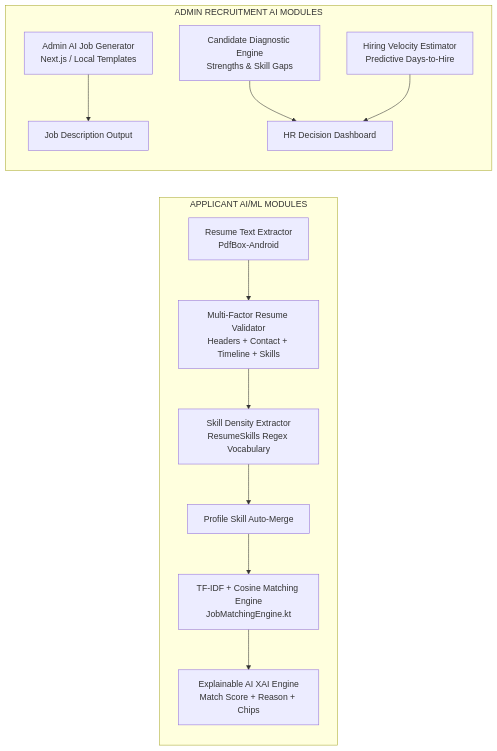
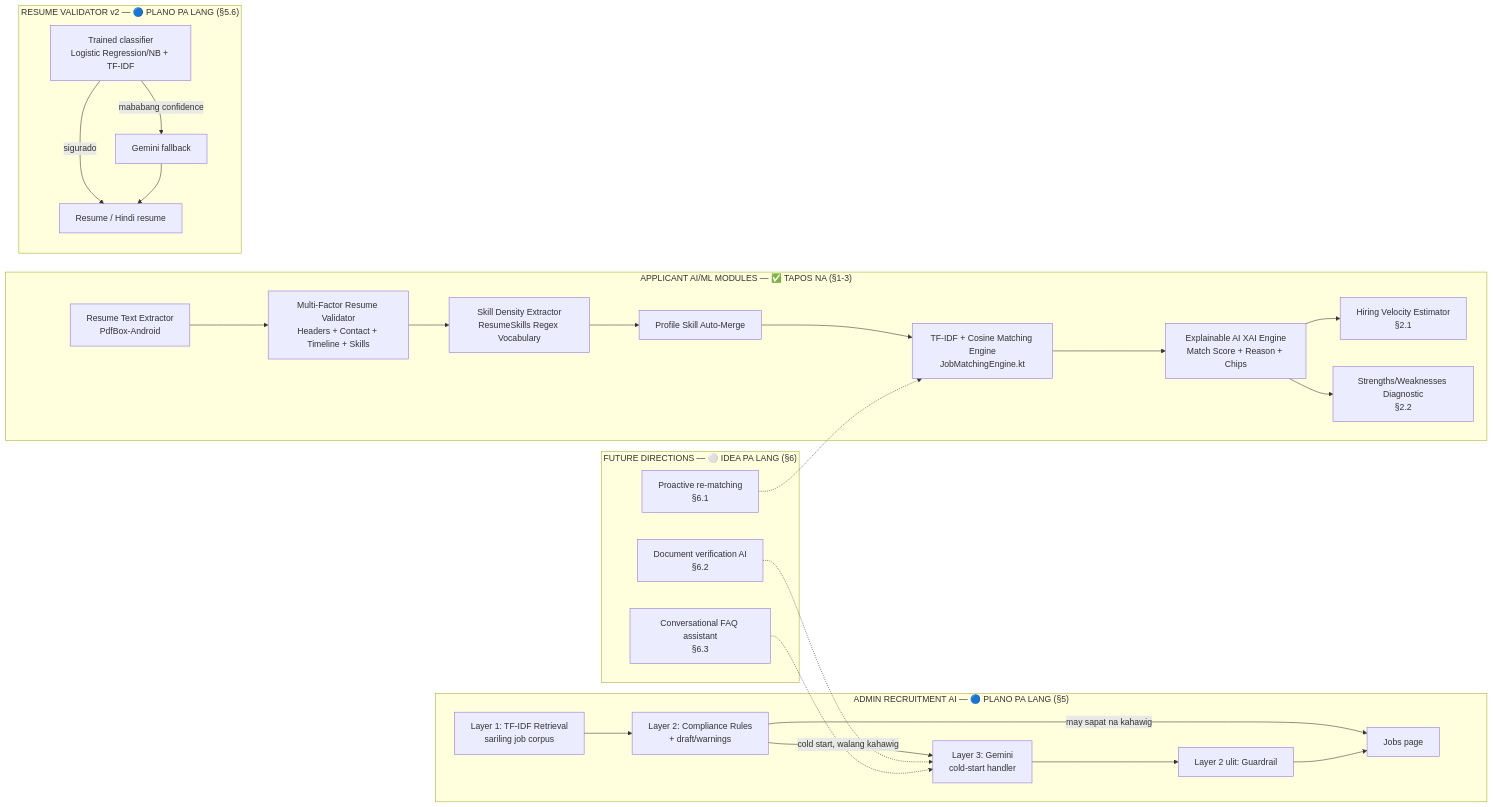
One commit to Khenard-Alt/MrDIY changed the first of 2 diagrams in CAPSTONE_ADVANCED_AI_PLANNING.md. Above: the diagram before and after it, drawn with Mermaid. The commit also changed other lines of this file and 6 other files, not shown here.

````diff
--- a/CAPSTONE_ADVANCED_AI_PLANNING.md
+++ b/CAPSTONE_ADVANCED_AI_PLANNING.md
@@ -9,16 +11,31 @@
 ```mermaid
 graph LR
-    subgraph "APPLICANT AI/ML MODULES"
+    subgraph "APPLICANT AI/ML MODULES — ✅ TAPOS NA (§1-3)"
         A[Resume Text Extractor<br/>PdfBox-Android] --> B[Multi-Factor Resume Validator<br/>Headers + Contact + Timeline + Skills]
         B --> C[Skill Density Extractor<br/>ResumeSkills Regex Vocabulary]
         C --> D[Profile Skill Auto-Merge]
         D --> E[TF-IDF + Cosine Matching Engine<br/>JobMatchingEngine.kt]
         E --> F[Explainable AI XAI Engine<br/>Match Score + Reason + Chips]
+        F --> Z[Hiring Velocity Estimator<br/>§2.1]
+        F --> Z2[Strengths/Weaknesses Diagnostic<br/>§2.2]
     end
 
-    subgraph "ADMIN RECRUITMENT AI MODULES"
-        G[Admin AI Job Generator<br/>Next.js / Local Templates] --> H[Job Description Output]
-        I[Candidate Diagnostic Engine<br/>Strengths & Skill Gaps] --> J[HR Decision Dashboard]
-        K[Hiring Velocity Estimator<br/>Predictive Days-to-Hire] --> J
+    subgraph "ADMIN RECRUITMENT AI — 🔵 PLANO PA LANG (§5)"
+        G[Layer 1: TF-IDF Retrieval<br/>sariling job corpus] --> H[Layer 2: Compliance Rules<br/>+ draft/warnings]
+        H -->|cold start, walang kahawig| GM[Layer 3: Gemini<br/>cold-start handler]
+        H -->|may sapat na kahawig| PUB[Jobs page]
+        GM --> H2[Layer 2 ulit: Guardrail] --> PUB
+    end
+
+    subgraph "RESUME VALIDATOR v2 — 🔵 PLANO PA LANG (§5.6)"
+        RV[Trained classifier<br/>Logistic Regression/NB + TF-IDF] -->|mababang confidence| RVG[Gemini fallback]
+        RV -->|sigurado| RVR[Resume / Hindi resume]
+        RVG --> RVR
+    end
+
+    subgraph "FUTURE DIRECTIONS — ⚪ IDEA PA LANG (§6)"
+        PM[Proactive re-matching<br/>§6.1] -.-> E
+        DV[Document verification AI<br/>§6.2] -.-> GM
+        FAQ[Conversational FAQ assistant<br/>§6.3] -.-> GM
     end
 ```
````
